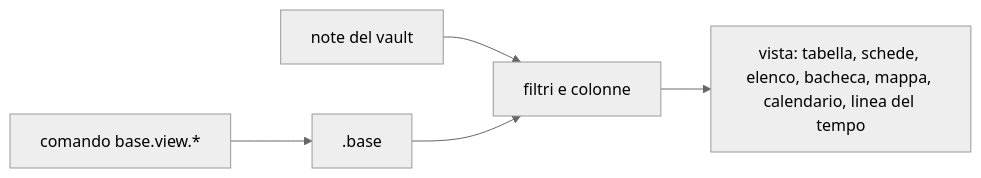
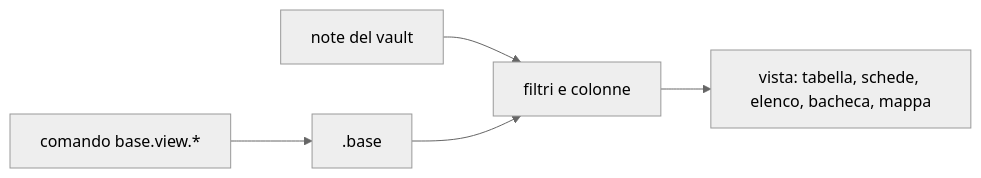
One commit to Fubeo/Fub changed the diagram in docs/product/bases.md. Above: the diagram before and after it, drawn with Mermaid (neutral theme). The commit also changed other lines of this file, not shown here.

First line of the commit message:
docs(base): la Base dice che calendario e linea del tempo non si disegnano ancora

````diff
--- a/docs/product/bases.md
+++ b/docs/product/bases.md
@@ -8,7 +10,7 @@
 ```mermaid
 flowchart LR
     NOTE["note del vault"] --> FILTRI["filtri e colonne"]
     FILE[".base"] --> FILTRI
-    FILTRI --> VISTA["vista: tabella, schede, elenco, bacheca, mappa, calendario, linea del tempo"]
+    FILTRI --> VISTA["vista: tabella, schede, elenco, bacheca, mappa"]
     COMANDO["comando base.view.*"] --> FILE
 ```
````
